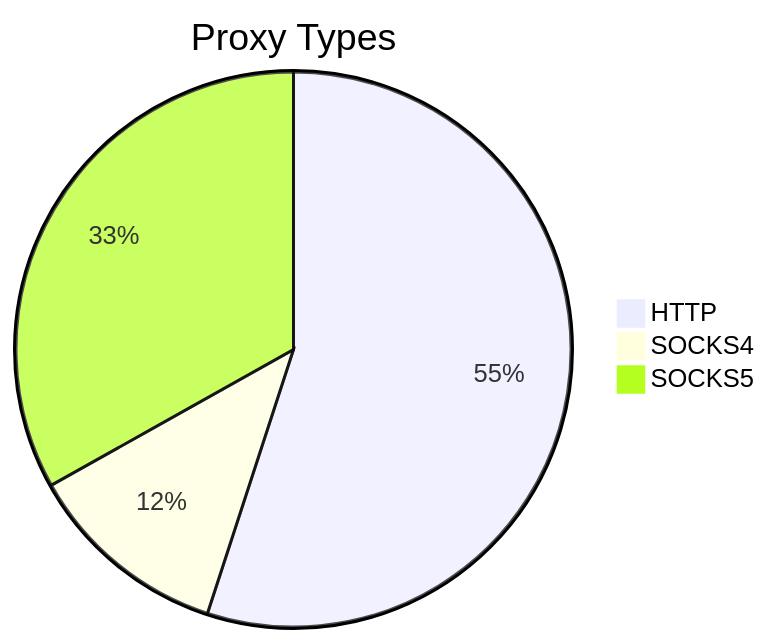
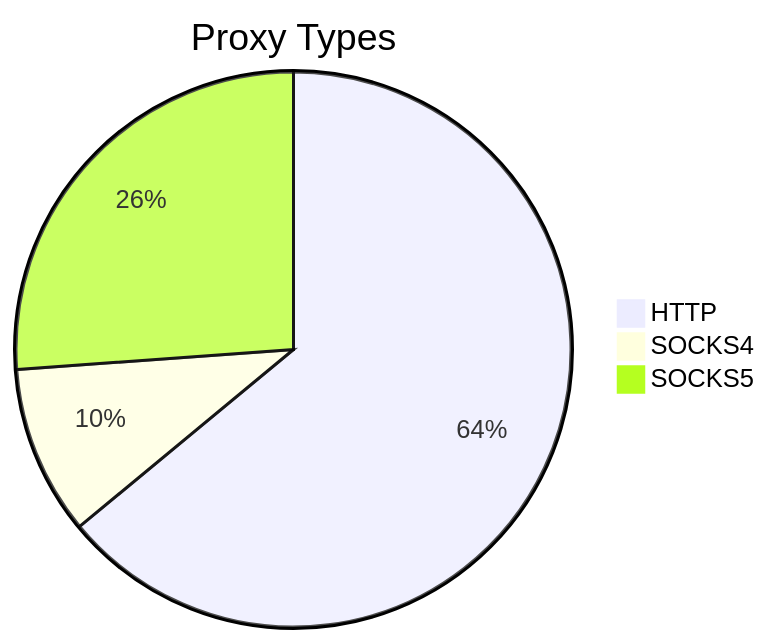
The first of 2 diagrams in README.md (stormsia/proxy-list), drawn with Mermaid before and after one commit. The commit also changed other lines of this file, not shown here.

````diff
--- a/README.md
+++ b/README.md
@@ -21,6 +21,6 @@
 ```mermaid
 pie title Proxy Types
-    "HTTP" : 181
-    "SOCKS4" : 39
-    "SOCKS5" : 109
+    "HTTP" : 208
+    "SOCKS4" : 32
+    "SOCKS5" : 85
 ```
````
